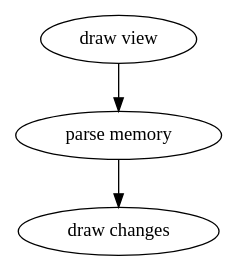
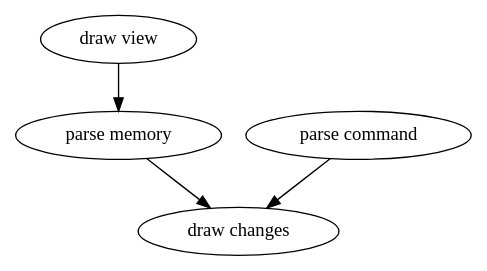
The diagram in arch.dot (link-jay/mem_view), drawn with Graphviz before and after one commit. The commit also changed 6 other files, not shown here.

Commit message:
实现命令行切换heap/stack视图

```diff
--- a/arch.dot
+++ b/arch.dot
@@ -1,3 +1,4 @@
 digraph G {
 	"draw view" -> "parse memory" -> "draw changes"
+	"parse command" -> "draw changes"
 }
```
